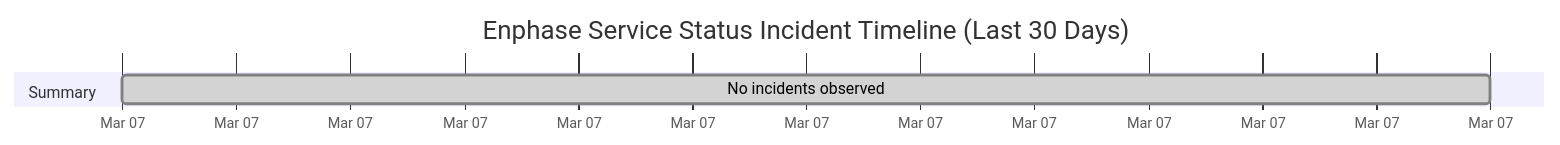
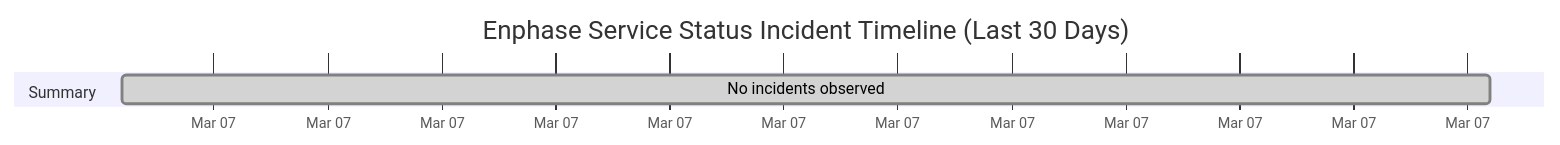
The diagram in wiki/Service-Status-History.md (barneyonline/ha-enphase-ev-charger), drawn with Mermaid before and after one commit. The commit also changed other lines of this file and 3 other files, not shown here.

````diff
--- a/wiki/Service-Status-History.md
+++ b/wiki/Service-Status-History.md
@@ -14,8 +14,8 @@
 ```mermaid
 gantt
     title Enphase Service Status Incident Timeline (Last 30 Days)
     dateFormat  YYYY-MM-DDTHH:mm:ss
     axisFormat  %b %d
     section Summary
-    No incidents observed :done, 2026-03-07T11:12:35, 1m
+    No incidents observed :done, 2026-03-07T12:27:26, 1m
 ```
````
